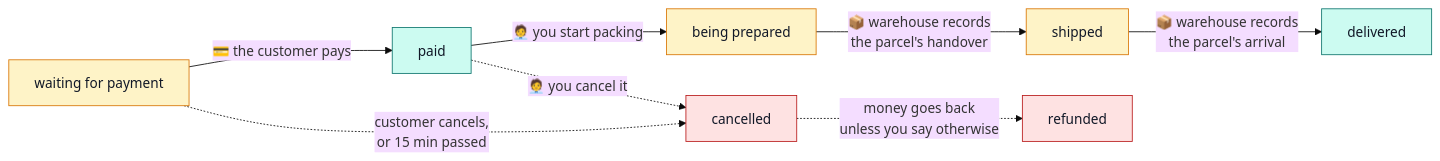
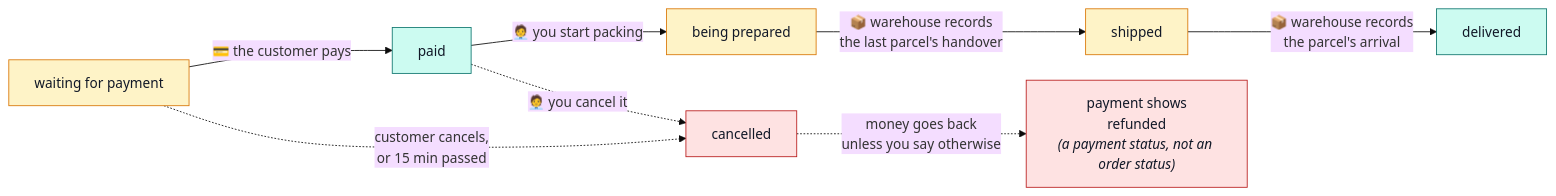
Before and after one commit to Guebbit/boilerplate-node-backend: the first of 4 diagrams in docs/demo-ecommerce/manager.md, drawn with Mermaid (base theme). The commit also changed other lines of this file and 7 other files, not shown here.

````diff
--- a/docs/demo-ecommerce/manager.md
+++ b/docs/demo-ecommerce/manager.md
@@ -16,18 +16,18 @@
 ```mermaid
 %%{init: {'flowchart': {'nodeSpacing': 30, 'rankSpacing': 55}}}%%
 flowchart LR
     P["waiting for payment"] -->|"💳 the customer pays"| PA["paid"]
     PA -->|"🧑‍💼 you start packing"| PR["being prepared"]
-    PR -->|"📦 warehouse records<br/>the parcel's handover"| SH["shipped"]
+    PR -->|"📦 warehouse records<br/>the last parcel's handover"| SH["shipped"]
     SH -->|"📦 warehouse records<br/>the parcel's arrival"| DE["delivered"]
     P -.->|"customer cancels,<br/>or 15 min passed"| CA["cancelled"]
     PA -.->|"🧑‍💼 you cancel it"| CA
-    CA -.->|"money goes back<br/>unless you say otherwise"| RF["refunded"]
+    CA -.->|"money goes back<br/>unless you say otherwise"| RF["payment shows<br/>refunded<br/><i>(a payment status, not an order status)</i>"]
 
     classDef open fill:#fef3c7,stroke:#d97706,color:#111827;
     classDef done fill:#ccfbf1,stroke:#0f766e,color:#111827;
     classDef bad fill:#fee2e2,stroke:#b91c1c,color:#111827;
     class P,PR,SH open;
     class PA,DE done;
     class CA,RF bad;
 ```
````
